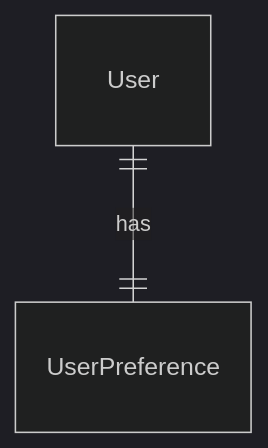
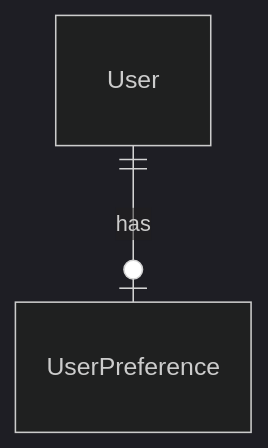
Before and after one commit to agwlvssainokuni/mastersmith: the second of 2 diagrams in aidlc/spaces/default/intents/260910-master-mgmt-app/construction/user-management/functional-design/functional-spec.md, drawn with Mermaid (dark theme). The commit also changed other lines of this file and 9 other files, not shown here.

````diff
--- a/aidlc/spaces/default/intents/260910-master-mgmt-app/construction/user-management/functional-design/functional-spec.md
+++ b/aidlc/spaces/default/intents/260910-master-mgmt-app/construction/user-management/functional-design/functional-spec.md
@@ -95,4 +132,4 @@
 ```mermaid
 erDiagram
-    User ||--|| UserPreference : "has"
+    User ||--o| UserPreference : "has"
 ```
````
